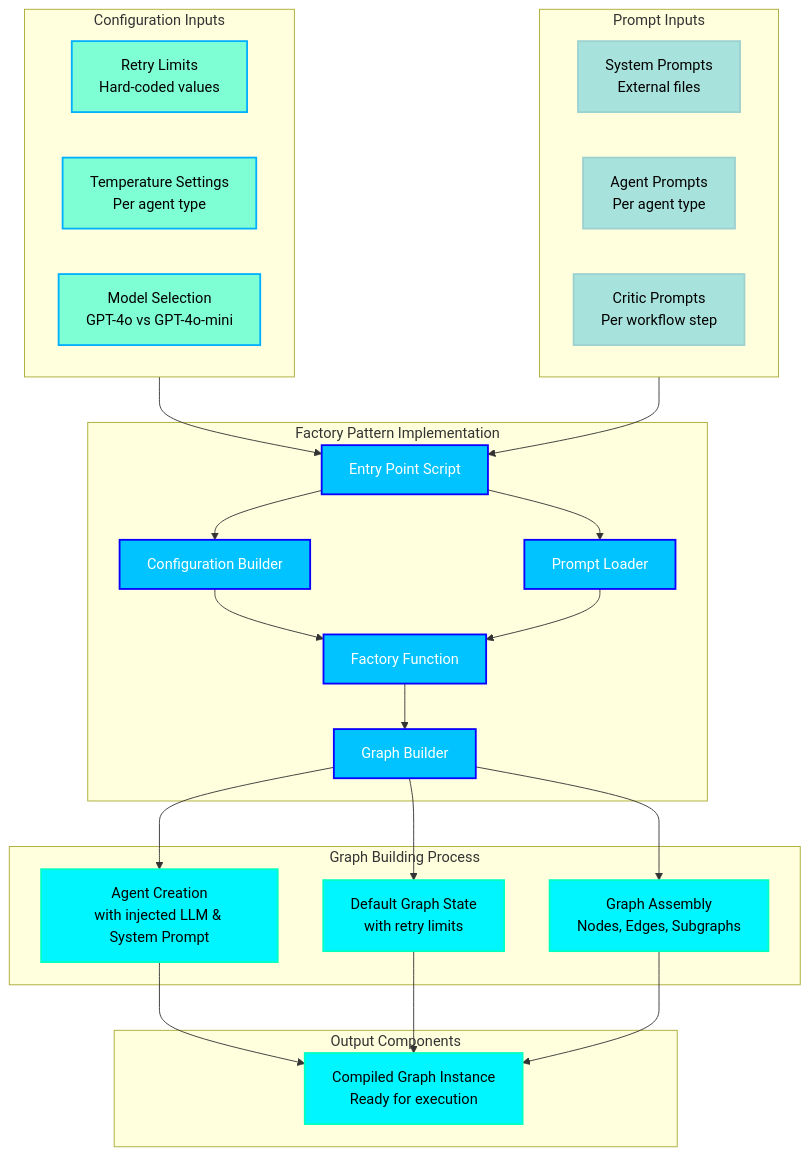
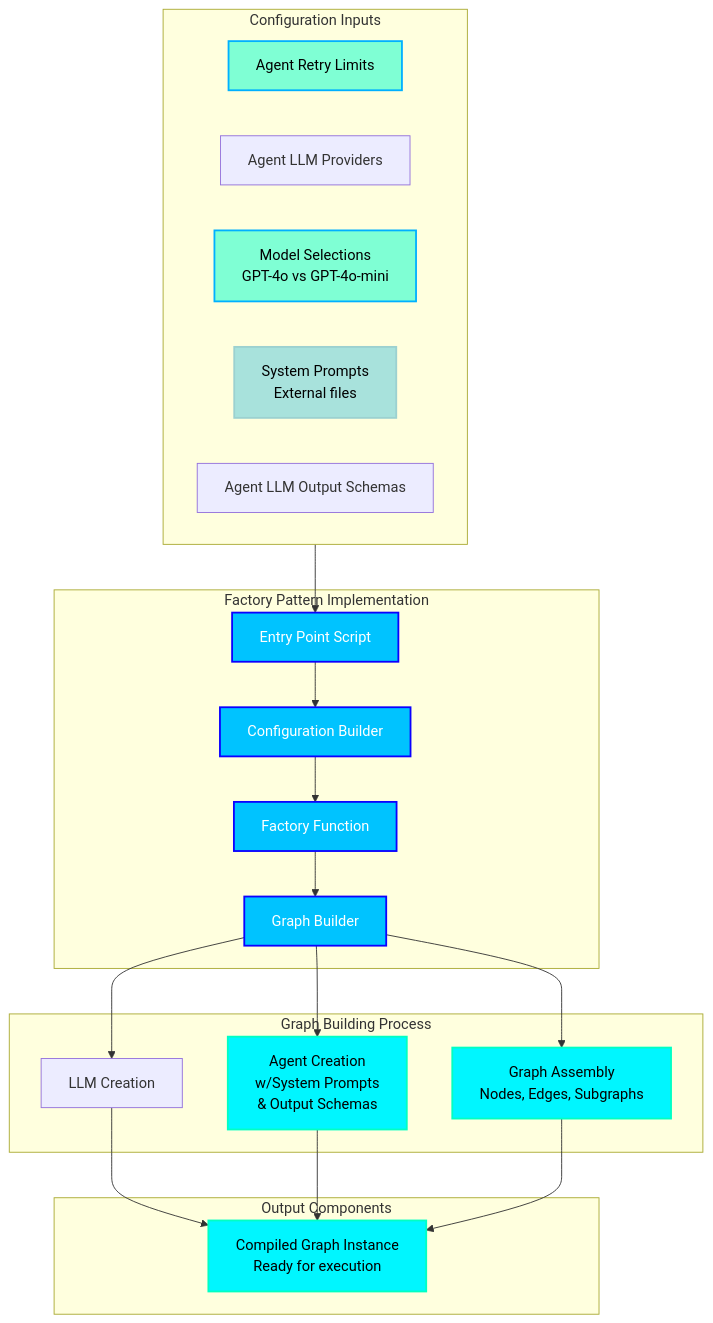
Before and after one commit to jdsham/hf-ai-agents-course: the eighth of 10 diagrams in docs/src/ARCHITECTURE.md, drawn with Mermaid. The commit also changed other lines of this file and 3 other files, not shown here.

Commit message:
More major updates. Made source code design document. Added text file reading tool for the reesarcher.  Updated README and architecture document.

````diff
--- a/docs/src/ARCHITECTURE.md
+++ b/docs/src/ARCHITECTURE.md
@@ -1804,68 +1813,59 @@
 ```mermaid
 graph TB
-    %% Configuration Inputs
+    %% Graph Configuration
     subgraph ConfigInputs["Configuration Inputs"]
-        RetryLimits[Retry Limits<br/>Hard-coded values]
-        Temperatures[Temperature Settings<br/>Per agent type]
-        Models[Model Selection<br/>GPT-4o vs GPT-4o-mini]
-    end
-    
-    %% Prompt Inputs
-    subgraph PromptInputs["Prompt Inputs"]
+        RetryLimits[Agent Retry Limits]
+        LLMProvider[Agent LLM Providers]
+        Models[Model Selections<br/>GPT-4o vs GPT-4o-mini]
         SystemPrompts[System Prompts<br/>External files]
-        AgentPrompts[Agent Prompts<br/>Per agent type]
-        CriticPrompts[Critic Prompts<br/>Per workflow step]
+        OutputSchemas[Agent LLM Output Schemas]
     end
     
     %% Factory Pattern Implementation
     subgraph FactoryPattern["Factory Pattern Implementation"]
         EntryPoint[Entry Point Script]
         ConfigBuilder[Configuration Builder]
-        PromptLoader[Prompt Loader]
         Factory[Factory Function]
         GraphBuilder[Graph Builder]
     end
     
     %% Graph Building Process
     subgraph GraphBuilding["Graph Building Process"]
-        AgentCreation[Agent Creation<br/>with injected LLM & System Prompt]
-        StateDefaults[Default Graph State<br/>with retry limits]
+        LLMCreation[LLM Creation]
+        AgentCreation[Agent Creation<br> w/System Prompts <br> & Output Schemas]
         GraphAssembly[Graph Assembly<br/>Nodes, Edges, Subgraphs]
     end
     
     %% Output Components
     subgraph OutputComponents["Output Components"]
         CompiledGraph[Compiled Graph Instance<br/>Ready for execution]
     end
     
     %% Factory Pattern Flow
     ConfigInputs --> EntryPoint
-    PromptInputs --> EntryPoint
     
     EntryPoint --> ConfigBuilder
-    EntryPoint --> PromptLoader
-    
+
     ConfigBuilder --> Factory
-    PromptLoader --> Factory
     
     Factory --> GraphBuilder
     
+    GraphBuilder --> LLMCreation
     GraphBuilder --> AgentCreation
-    GraphBuilder --> StateDefaults
     GraphBuilder --> GraphAssembly
     
+    LLMCreation --> CompiledGraph
     AgentCreation --> CompiledGraph
-    StateDefaults --> CompiledGraph
     GraphAssembly --> CompiledGraph
     
     %% Styling - Oceanic/Dark Theme Friendly
     classDef config fill:#7FFFD4,stroke:#00B0FF,stroke-width:2px,color:#000000
     classDef prompts fill:#A8E2DC,stroke:#9CD1D0,stroke-width:2px,color:#000000
     classDef factory fill:#00C3FF,stroke:#0B00FF,stroke-width:2px,color:#ffffff
     classDef output fill:#00F6FF,stroke:#00FFC3,stroke-width:2px,color:#000000
     
     class RetryLimits,Temperatures,Models config
     class SystemPrompts,AgentPrompts,CriticPrompts prompts
     class EntryPoint,ConfigBuilder,PromptLoader,Factory,GraphBuilder factory
     class AgentCreation,StateDefaults,GraphAssembly,CompiledGraph output
 ```
````
